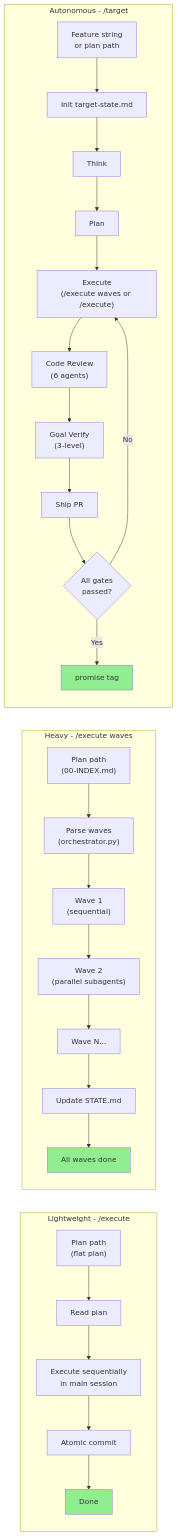
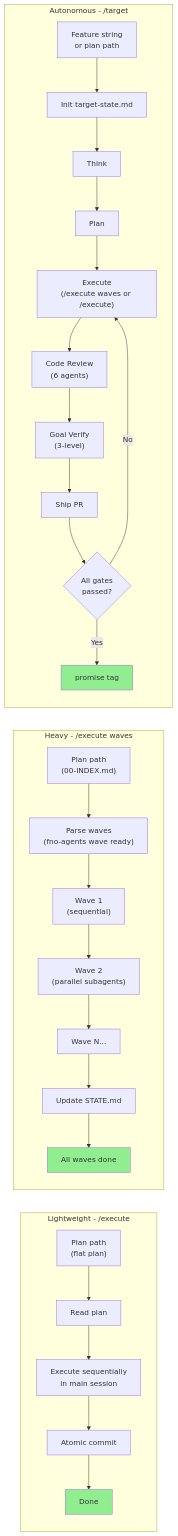
Before and after one commit to bllshttng/fno: the fourth of 6 diagrams in docs/system-architecture.md, drawn with Mermaid. The commit also changed other lines of this file and 30 other files, not shown here.

````diff
--- a/docs/system-architecture.md
+++ b/docs/system-architecture.md
@@ -218,35 +218,35 @@
 ```mermaid
 graph LR
     subgraph "Lightweight - /execute"
         DO_IN["Plan path<br/>(flat plan)"] --> DO_READ["Read plan"]
         DO_READ --> DO_EXEC["Execute sequentially<br/>in main session"]
         DO_EXEC --> DO_COMMIT["Atomic commit"]
         DO_COMMIT --> DO_DONE["Done"]
     end
 
     subgraph "Heavy - /execute waves"
-        OP_IN["Plan path<br/>(00-INDEX.md)"] --> OP_PARSE["Parse waves<br/>(orchestrator.py)"]
+        OP_IN["Plan path<br/>(00-INDEX.md)"] --> OP_PARSE["Parse waves<br/>(fno-agents wave ready)"]
         OP_PARSE --> OP_W1["Wave 1<br/>(sequential)"]
         OP_W1 --> OP_W2["Wave 2<br/>(parallel subagents)"]
         OP_W2 --> OP_WN["Wave N..."]
         OP_WN --> OP_STATE["Update STATE.md"]
         OP_STATE --> OP_DONE["All waves done"]
     end
 
     subgraph "Autonomous - /target"
         RA_IN["Feature string<br/>or plan path"] --> RA_INIT["Init target-state.md"]
         RA_INIT --> RA_THINK["Think"]
         RA_THINK --> RA_PLAN["Plan"]
         RA_PLAN --> RA_DO["Execute<br/>(/execute waves or /execute)"]
         RA_DO --> RA_REVIEW["Code Review<br/>(6 agents)"]
         RA_REVIEW --> RA_VERIFY["Goal Verify<br/>(3-level)"]
         RA_VERIFY --> RA_SHIP["Ship PR"]
         RA_SHIP --> RA_GATES{"All gates<br/>passed?"}
         RA_GATES -->|No| RA_DO
         RA_GATES -->|Yes| RA_PROMISE["promise tag"]
     end
 
     style DO_DONE fill:#90EE90
     style OP_DONE fill:#90EE90
     style RA_PROMISE fill:#90EE90
 ```
````
